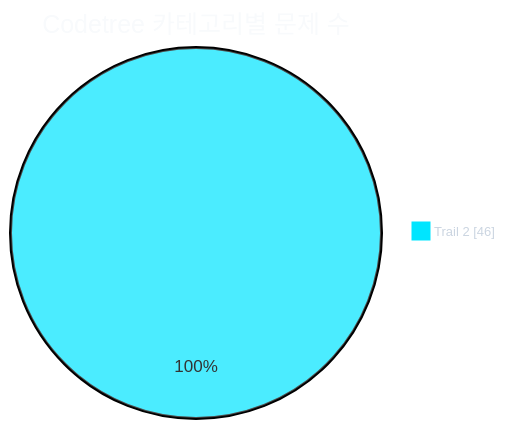
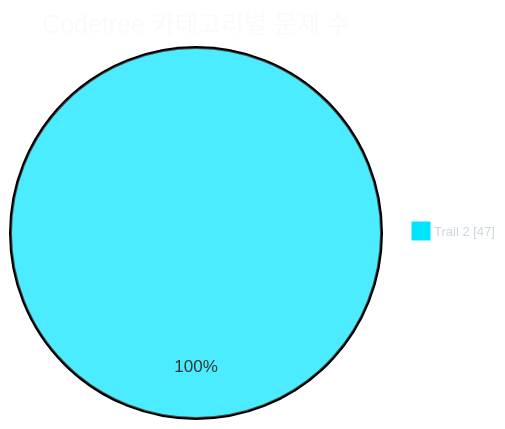
The first of 2 diagrams in readme.md (CHOOSLA/Algorithm), drawn with Mermaid before and after one commit. The commit also changed other lines of this file and 2 other files, not shown here.

````diff
--- a/readme.md
+++ b/readme.md
@@ -31,21 +31,21 @@
 ```mermaid
 ---
 config:
   theme: base
   themeVariables:
     background: '#0d1117'
     pieTitleTextColor: '#f8fafc'
     pieLegendTextColor: '#cbd5e1'
     pieLegendTextSize: '13px'
     pie1: '#00e5ff'
     pie2: '#22c55e'
     pie3: '#f59e0b'
     pie4: '#a855f7'
     pie5: '#ec4899'
     pie6: '#3b82f6'
     pie7: '#64748b'
 ---
 pie showData
   title Codetree 카테고리별 문제 수
-  "Trail 2" : 46
+  "Trail 2" : 47
 ```
````
